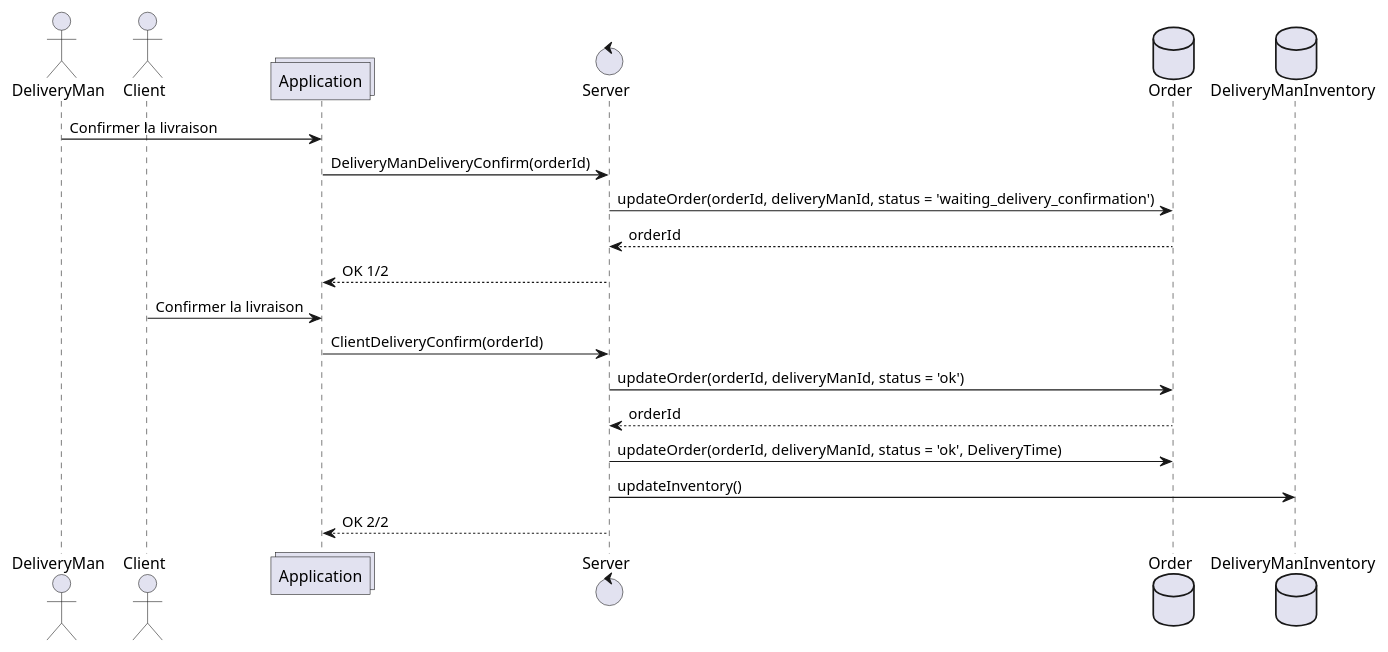
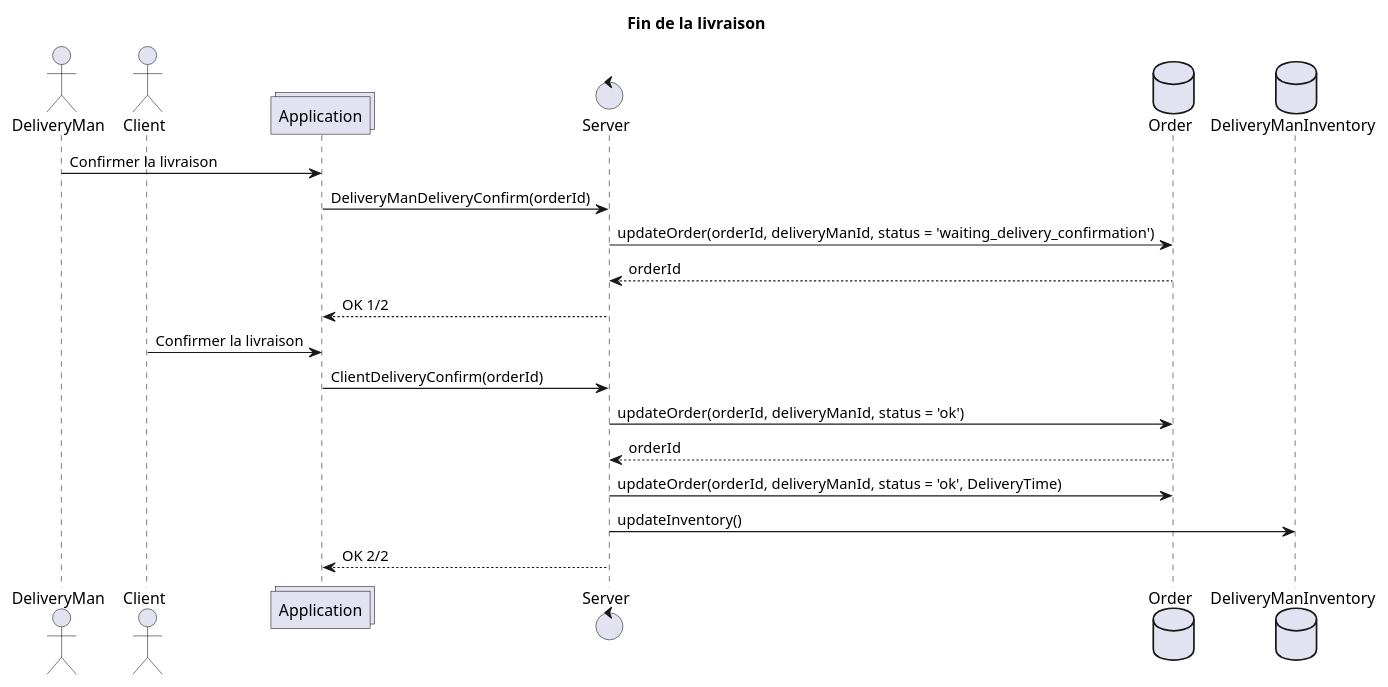
One commit to sjaulin/expressfood changed the diagram in uml/sequence-delivery-end.plantuml. Above: the diagram before and after it, drawn with PlantUML.

Commit message:
Add title

```diff
--- a/uml/sequence-delivery-end.plantuml
+++ b/uml/sequence-delivery-end.plantuml
@@ -1,20 +1,21 @@
 @startuml
+title Fin de la livraison
 actor DeliveryMan
 actor Client
 collections Application
 control Server
 database Order
 database DeliveryManInventory
 DeliveryMan -> Application : Confirmer la livraison
 Application -> Server : DeliveryManDeliveryConfirm(orderId)
 Server -> Order : updateOrder(orderId, deliveryManId, status = 'waiting_delivery_confirmation')
 Order --> Server : orderId
 Server --> Application : OK 1/2
 Client -> Application : Confirmer la livraison
 Application -> Server : ClientDeliveryConfirm(orderId)
 Server -> Order : updateOrder(orderId, deliveryManId, status = 'ok')
 Order --> Server : orderId
 Server -> Order : updateOrder(orderId, deliveryManId, status = 'ok', DeliveryTime) 
 Server -> DeliveryManInventory : updateInventory()
 Server --> Application : OK 2/2
 @enduml
```
